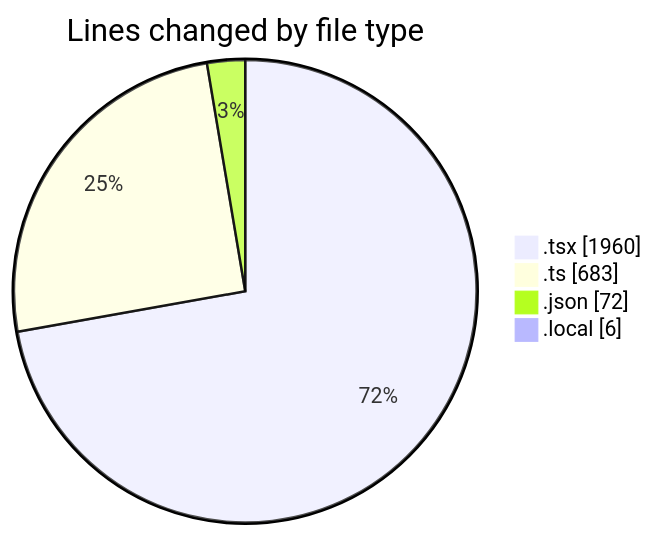
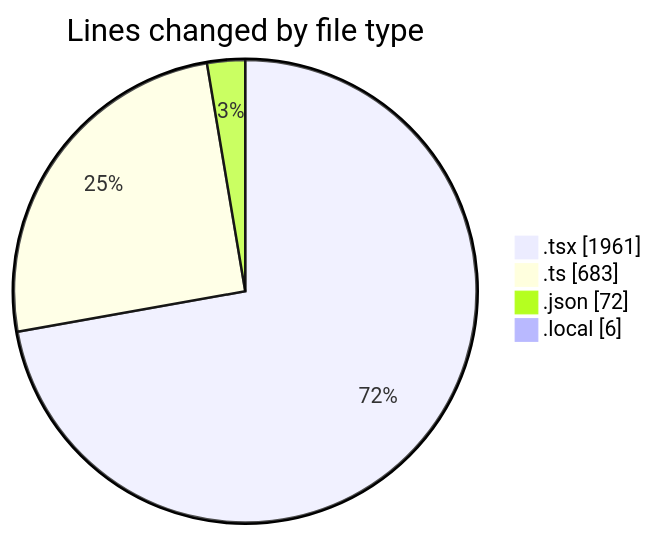
The first of 2 diagrams in 2025-10-21/eventscop-frontend-guide__workspace_/README.md (julien-gomy/code-tracking), drawn with Mermaid before and after one commit. The commit also changed other lines of this file and 1 other file, not shown here.

````diff
--- a/2025-10-21/eventscop-frontend-guide__workspace_/README.md
+++ b/2025-10-21/eventscop-frontend-guide__workspace_/README.md
@@ -52,8 +52,8 @@
 ```mermaid
 pie showData
 title Lines changed by file type
-".tsx" : 1960
+".tsx" : 1961
 ".ts" : 683
 ".json" : 72
 ".local" : 6
 ```
````
